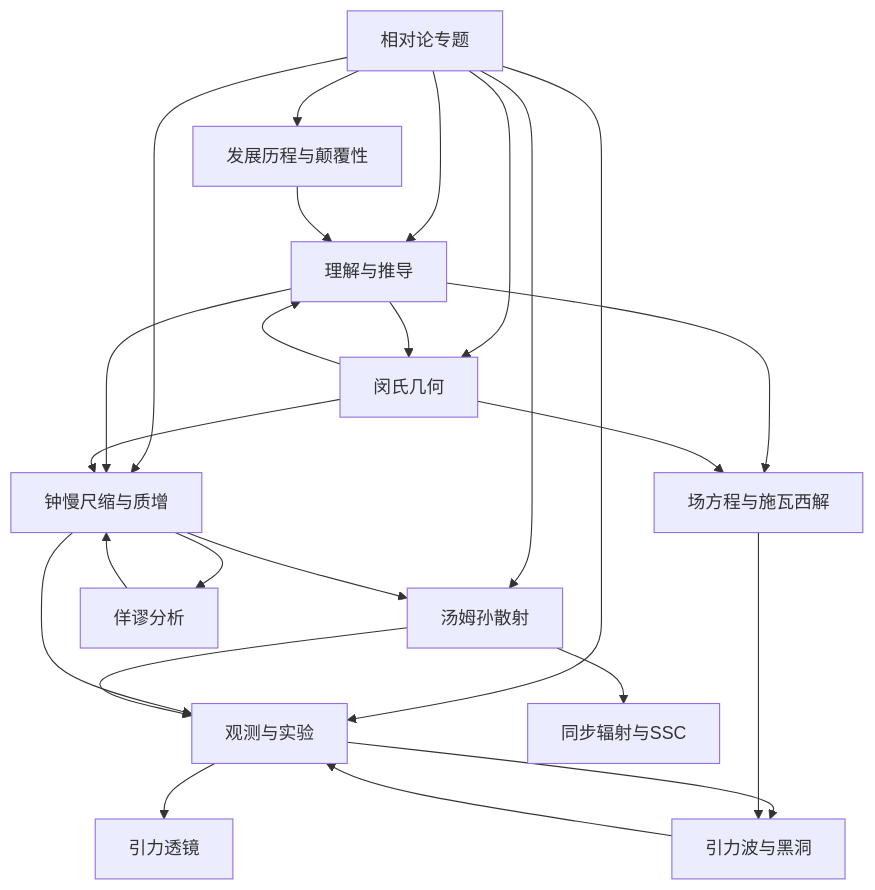
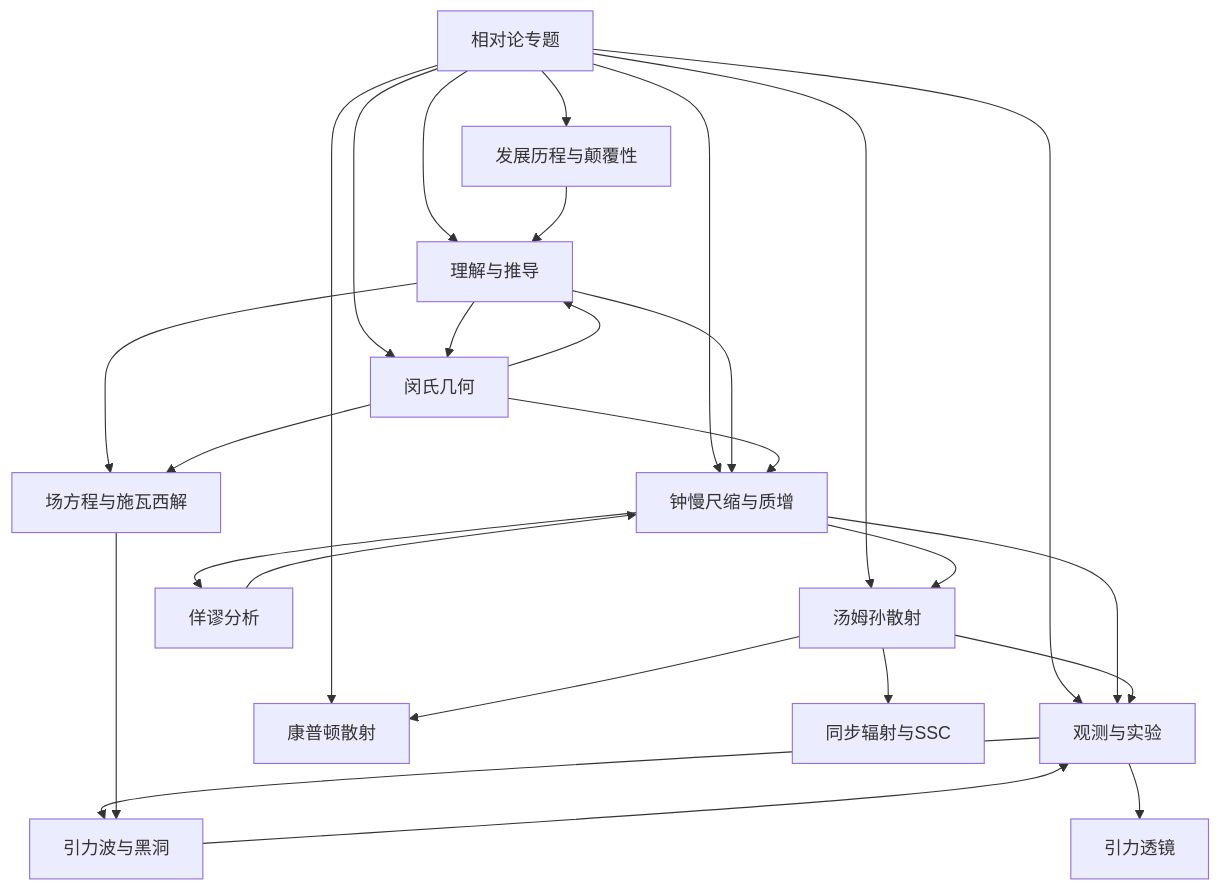
Before and after one commit to wym100171113/notes: the first of 2 diagrams in 物理/物理学大类/相对论/相对论专题.md, drawn with Mermaid. The commit also changed other lines of this file and 95 other files, not shown here.

````diff
--- a/物理/物理学大类/相对论/相对论专题.md
+++ b/物理/物理学大类/相对论/相对论专题.md
@@ -28,28 +28,30 @@
 ```mermaid
 graph TD
     A[相对论专题] --> B[发展历程与颠覆性]
     A --> C[理解与推导]
     A --> D[钟慢尺缩与质增]
     A --> E[观测与实验]
     A --> F[汤姆孙散射]
     A --> G[闵氏几何]
+    A --> M[康普顿散射]
     B --> C
     C --> D
     C --> G
     C --> I[场方程与施瓦西解]
     D --> E
     D --> F
     D --> J[佯谬分析]
     E --> H[引力波与黑洞]
     E --> K[引力透镜]
     F --> E
     F --> L[同步辐射与SSC]
+    F --> M
     G --> D
     G --> C
     G --> I
     H --> E
     I --> H
     J --> D
 
-    class A,B,C,D,E,F,G,H,I,J,K,L internal-link;
+    class A,B,C,D,E,F,G,H,I,J,K,L,M internal-link;
 ```
````
